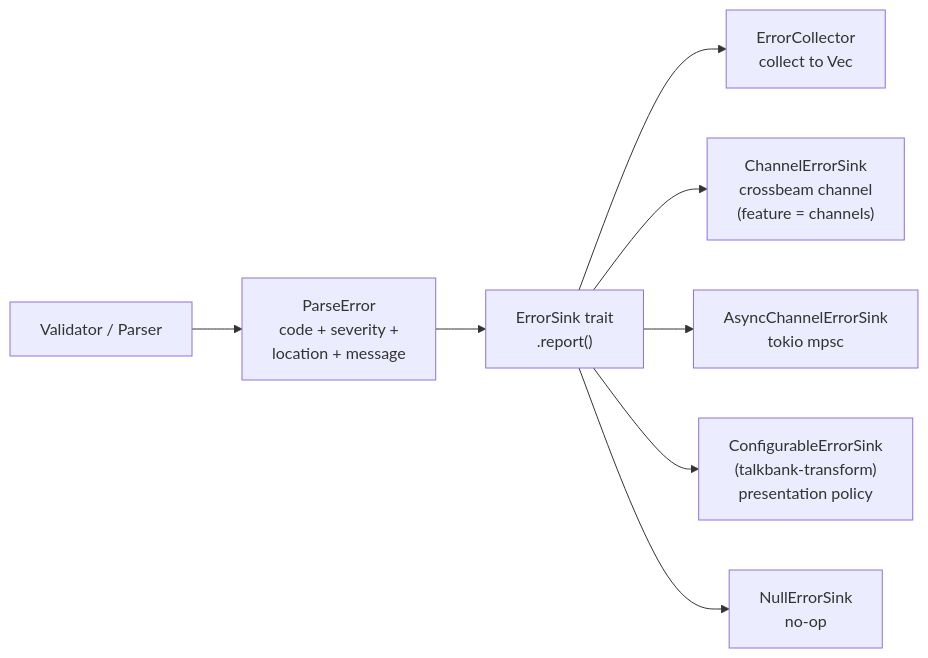
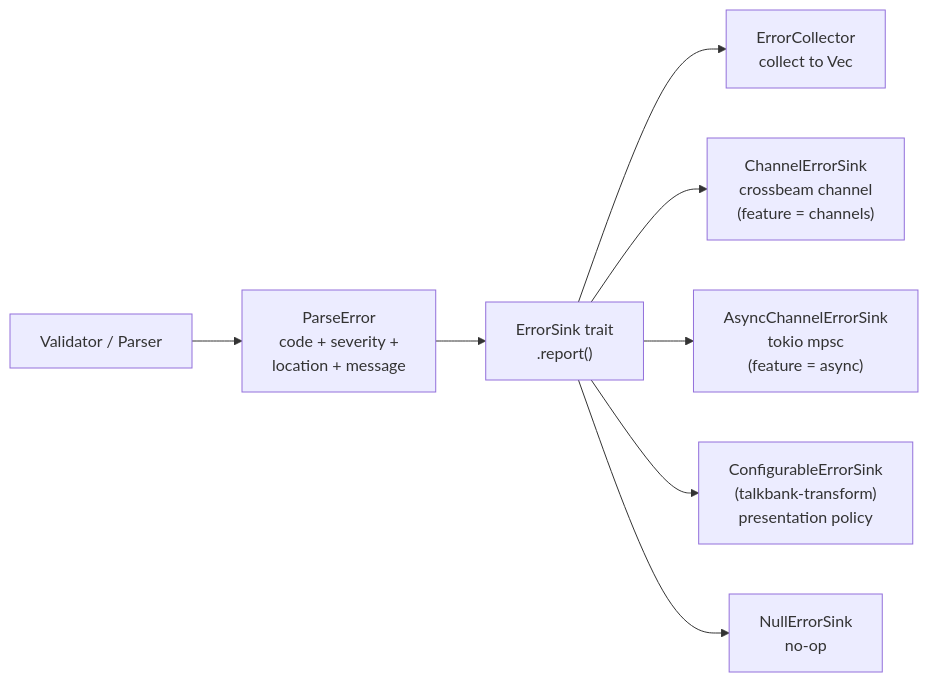
The second of 2 diagrams in book/src/architecture/errors-and-validation/chat-core-errors.md (TalkBank/chatter), drawn with Mermaid before and after one commit. The commit also changed other lines of this file and 950 other files, not shown here.

````diff
--- a/book/src/architecture/errors-and-validation/chat-core-errors.md
+++ b/book/src/architecture/errors-and-validation/chat-core-errors.md
@@ -131,14 +193,14 @@
 ```mermaid
 flowchart LR
     val["Validator / Parser"]
     pe["ParseError\ncode + severity +\nlocation + message"]
     sink["ErrorSink trait\n.report()"]
     vec["ErrorCollector\ncollect to Vec"]
     chan["ChannelErrorSink\ncrossbeam channel\n(feature = channels)"]
-    asyncchan["AsyncChannelErrorSink\ntokio mpsc"]
+    asyncchan["AsyncChannelErrorSink\ntokio mpsc\n(feature = async)"]
     cfg["ConfigurableErrorSink\n(talkbank-transform)\npresentation policy"]
     null["NullErrorSink\nno-op"]
 
     val --> pe --> sink
     sink --> vec & chan & asyncchan & cfg & null
 ```
````
